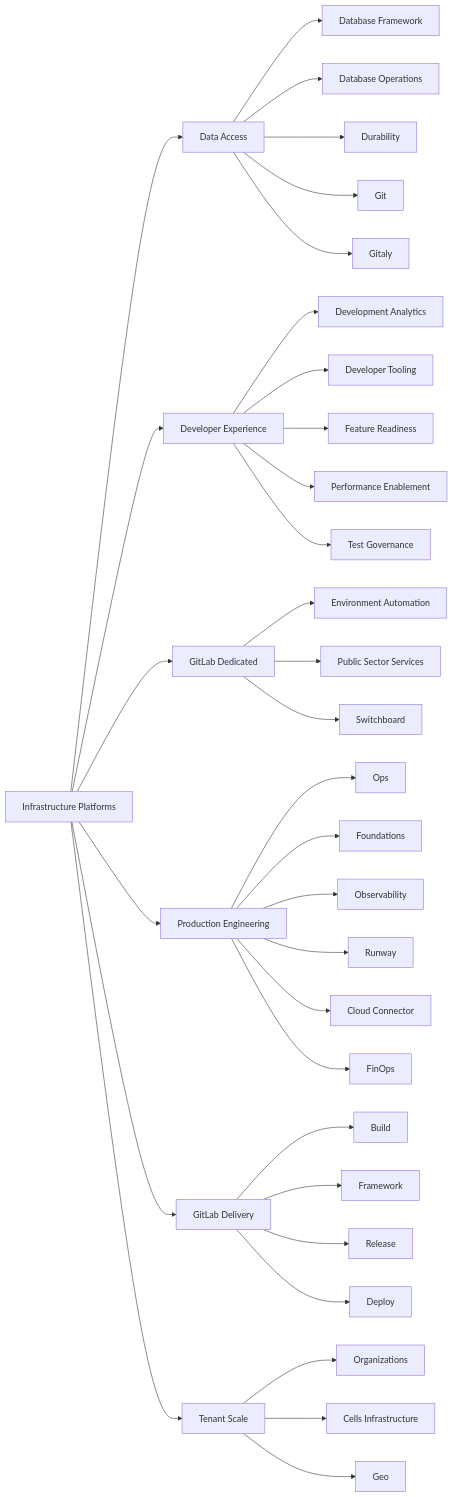
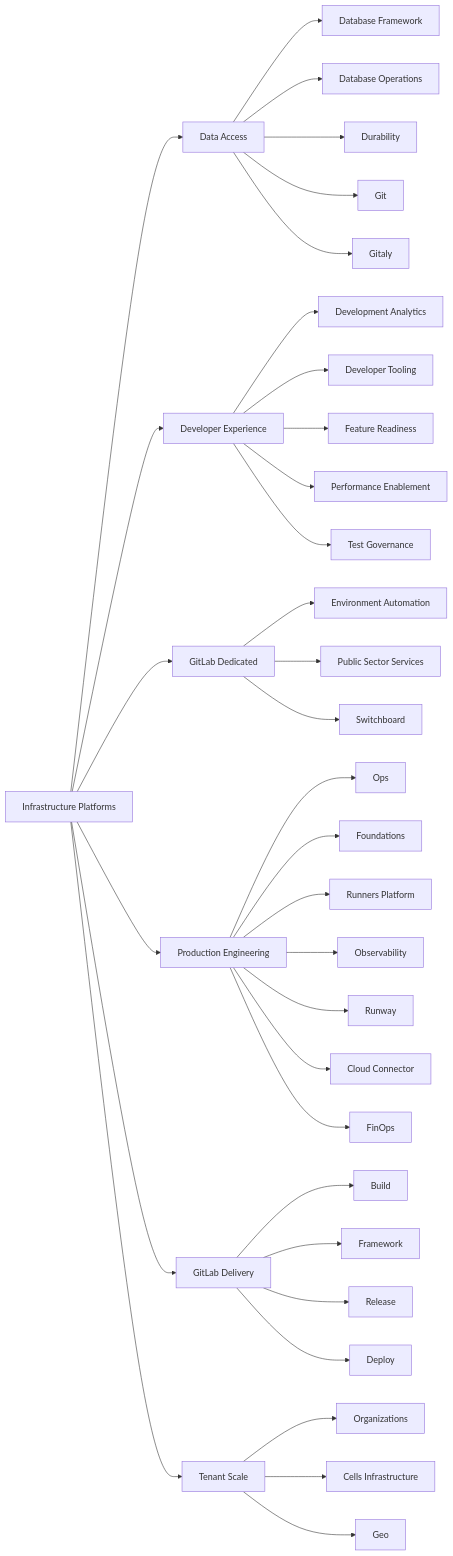
Before and after one commit to zalyoung/gitlab-handbook: the diagram in content/handbook/engineering/infrastructure-platforms/_index.md, drawn with Mermaid. The commit also changed other lines of this file and 2 other files, not shown here.

Commit message:
Add Runners Platform team to Infrastructure Platforms
This commit adds a new Runners Platform team to the Production Engineering group
within Infrastructure Platforms. The changes include:

Create a new team page for Runners Platform with basic mission, vision, and responsibilities
Update the Production Engineering teams list to include Runners Platform
Add Runners Platform to the Infrastructure Platforms organization chart
Include the #g_runners_platform Slack channel in the team communications section

The Runners Platform team is responsible for the reliability, scalability, and
performance of GitLab's CI/CD runner infrastructure.

````diff
--- a/content/handbook/engineering/infrastructure-platforms/_index.md
+++ b/content/handbook/engineering/infrastructure-platforms/_index.md
@@ -30,78 +30,80 @@
 ```mermaid
 flowchart LR
     I[Infrastructure Platforms]
     click I "/handbook/engineering/infrastructure-platforms/"
 
     I --> DA[Data Access]
     click DA "/handbook/engineering/infrastructure-platforms/data-access/"
     I --> DE[Developer Experience]
     click DE "/handbook/engineering/infrastructure-platforms/developer-experience/"
 
     I --> GD[GitLab Dedicated]
     click GD "/handbook/engineering/infrastructure/team/gitlab-dedicated/"
     I --> PRODENG[Production Engineering]
     click PRODEND "/handbook/engineering/infrastructure/team/production-engineering/"
     I --> SD[GitLab Delivery]
     click SD "/handbook/engineering/infrastructure-platforms/gitlab-delivery/"
     I --> TS[Tenant Scale]
     click TS "/handbook/engineering/infrastructure-platforms/tenant-scale/"
 
     DA --> DF[Database Framework]
     click DF "/handbook/engineering/infrastructure-platforms/data-access/database-framework/"
     DA --> DO[Database Operations]
     click DO "/handbook/engineering/infrastructure-platforms/data-access/database-operations/"
     DA --> Durability
     click Durability "/handbook/engineering/infrastructure-platforms/data-access/durability/"
     DA --> Git
     click Git "/handbook/engineering/infrastructure-platforms/data-access/git/"
     DA --> Gitaly
     click Gitaly "/handbook/engineering/infrastructure-platforms/data-access/gitaly/"
 
     PRODENG --> Ops
     click Ops "/handbook/engineering/infrastructure/team/ops/"
     PRODENG --> Foundations
     click Foundations "/handbook/engineering/infrastructure-platforms/production-engineering/foundations/"
+    PRODENG --> Runners[Runners Platform]
+    click Runners "/handbook/engineering/infrastructure-platforms/production-engineering/runners-platform/"
     PRODENG --> Observability
     click Observability "/handbook/engineering/infrastructure-platforms/production-engineering/observability/"
     PRODENG --> Runway
     click Runway "/handbook/engineering/infrastructure/team/runway/"
     PRODENG --> CC[Cloud Connector]
     click CC "/handbook/engineering/infrastructure/team/cloud-connector/"
     PRODENG --> FO[FinOps]
     click FO "/handbook/engineering/infrastructure/team/finops/"
 
     DE --> DevA[Development Analytics]
     click DevA "/handbook/engineering/infrastructure-platforms/developer-experience/development-analytics/"
 
     DE --> DT[Developer Tooling]
     click DT "/handbook/engineering/infrastructure-platforms/developer-experience/developer-tooling/"
     DE --> FR[Feature Readiness]
     click FR "/handbook/engineering/infrastructure-platforms/developer-experience/feature-readiness/"
     DE --> PER[Performance Enablement]
     click PER "/handbook/engineering/infrastructure-platforms/developer-experience/performance-enablement/"
     DE --> TG[Test Governance]
     click TG "/handbook/engineering/infrastructure-platforms/developer-experience/test-governance/"
 
     GD --> E[Environment Automation]
     click E "/handbook/engineering/infrastructure/team/gitlab-dedicated/environment-automation/"
     GD --> PSS[Public Sector Services]
     click PSS "/handbook/engineering/infrastructure/team/gitlab-dedicated/us-public-sector-services/"
     GD --> Switchboard
     click Switchboard "/handbook/engineering/infrastructure/team/gitlab-dedicated/switchboard/"
 
     SD --> B[Build]
     click B "/handbook/engineering/infrastructure-platforms/gitlab-delivery/distribution/"
     SD --> Framework
     click Framework "/handbook/engineering/infrastructure-platforms/gitlab-delivery/framework/"
     SD --> R[Release]
     click R "/handbook/engineering/infrastructure-platforms/gitlab-delivery/delivery/"
     SD --> D[Deploy]
     click D "/handbook/engineering/infrastructure-platforms/gitlab-delivery/delivery/"
 
     TS --> Organizations
     click Organizations "/handbook/engineering/infrastructure-platforms/tenant-scale/organizations/"
     TS --> CI[Cells Infrastructure]
     click CI "/handbook/engineering/infrastructure-platforms/tenant-scale/cells-infrastructure/"
     TS --> Geo
     click Geo "/handbook/engineering/infrastructure-platforms/tenant-scale/geo/"
 ```
````
